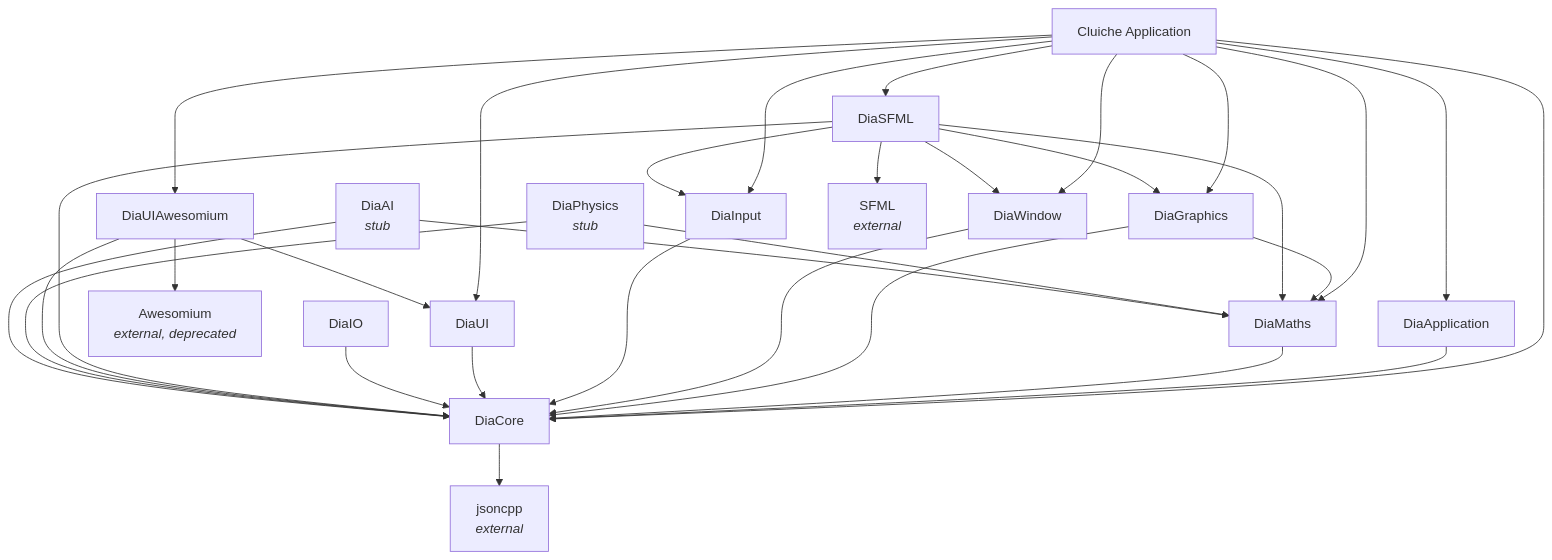
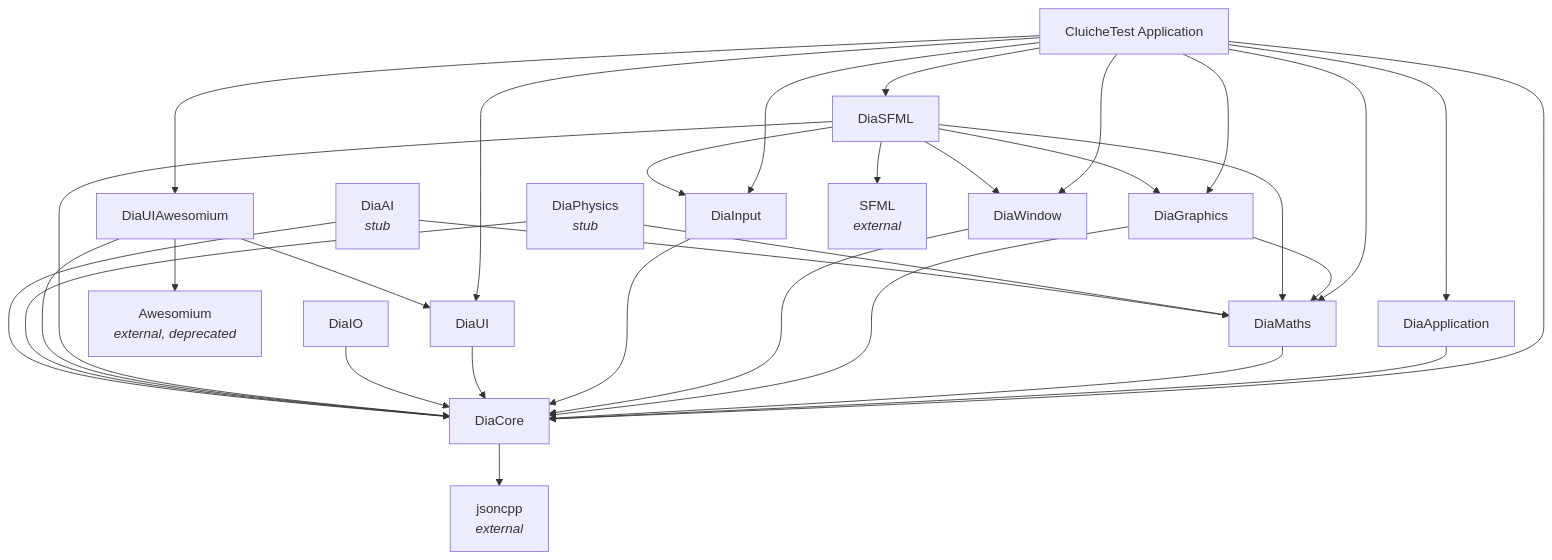
One commit to LenihanConor/Cluiche changed the diagram in docs/reference/ai-guides/dependency-graph.md. Above: the diagram before and after it, drawn with Mermaid. The commit also changed other lines of this file and 137 other files, not shown here.

First line of the commit message:
Rename Cluiche application to CluicheTest and fix build errors

````diff
--- a/docs/reference/ai-guides/dependency-graph.md
+++ b/docs/reference/ai-guides/dependency-graph.md
@@ -154,77 +154,77 @@
 ```mermaid
 graph TD
     %% Application Layer
-    Cluiche[Cluiche Application]
+    Cluiche[CluicheTest Application]
     
     %% Dia Framework
     DiaApp[DiaApplication]
     
     %% Dia Core
     DiaCore[DiaCore]
     
     %% Dia Platform Abstractions
     DiaMaths[DiaMaths]
     DiaGraphics[DiaGraphics]
     DiaWindow[DiaWindow]
     DiaInput[DiaInput]
     DiaUI[DiaUI]
     DiaIO[DiaIO]
     
     %% Dia Backend
     DiaSFML[DiaSFML]
     DiaUIAwe[DiaUIAwesomium]
     
     %% Dia Specialized (Stubs)
     DiaPhysics[DiaPhysics<br/><i>stub</i>]
     DiaAI[DiaAI<br/><i>stub</i>]
     
     %% External
     SFML[SFML<br/><i>external</i>]
     Awesomium[Awesomium<br/><i>external, deprecated</i>]
     JsonCpp[jsoncpp<br/><i>external</i>]
     
     %% Application dependencies
     Cluiche --> DiaApp
     Cluiche --> DiaCore
     Cluiche --> DiaMaths
     Cluiche --> DiaGraphics
     Cluiche --> DiaWindow
     Cluiche --> DiaInput
     Cluiche --> DiaUI
     Cluiche --> DiaSFML
     Cluiche --> DiaUIAwe
     
     %% Framework dependencies
     DiaApp --> DiaCore
     
     %% Platform abstraction dependencies
     DiaMaths --> DiaCore
     DiaGraphics --> DiaCore
     DiaGraphics --> DiaMaths
     DiaWindow --> DiaCore
     DiaInput --> DiaCore
     DiaUI --> DiaCore
     DiaIO --> DiaCore
     
     %% Backend dependencies
     DiaSFML --> SFML
     DiaSFML --> DiaCore
     DiaSFML --> DiaMaths
     DiaSFML --> DiaGraphics
     DiaSFML --> DiaWindow
     DiaSFML --> DiaInput
     
     DiaUIAwe --> Awesomium
     DiaUIAwe --> DiaCore
     DiaUIAwe --> DiaUI
     
     %% Specialized dependencies
     DiaPhysics --> DiaCore
     DiaPhysics --> DiaMaths
     
     DiaAI --> DiaCore
     DiaAI --> DiaMaths
     
     %% Core dependencies
     DiaCore --> JsonCpp
 ```
````
